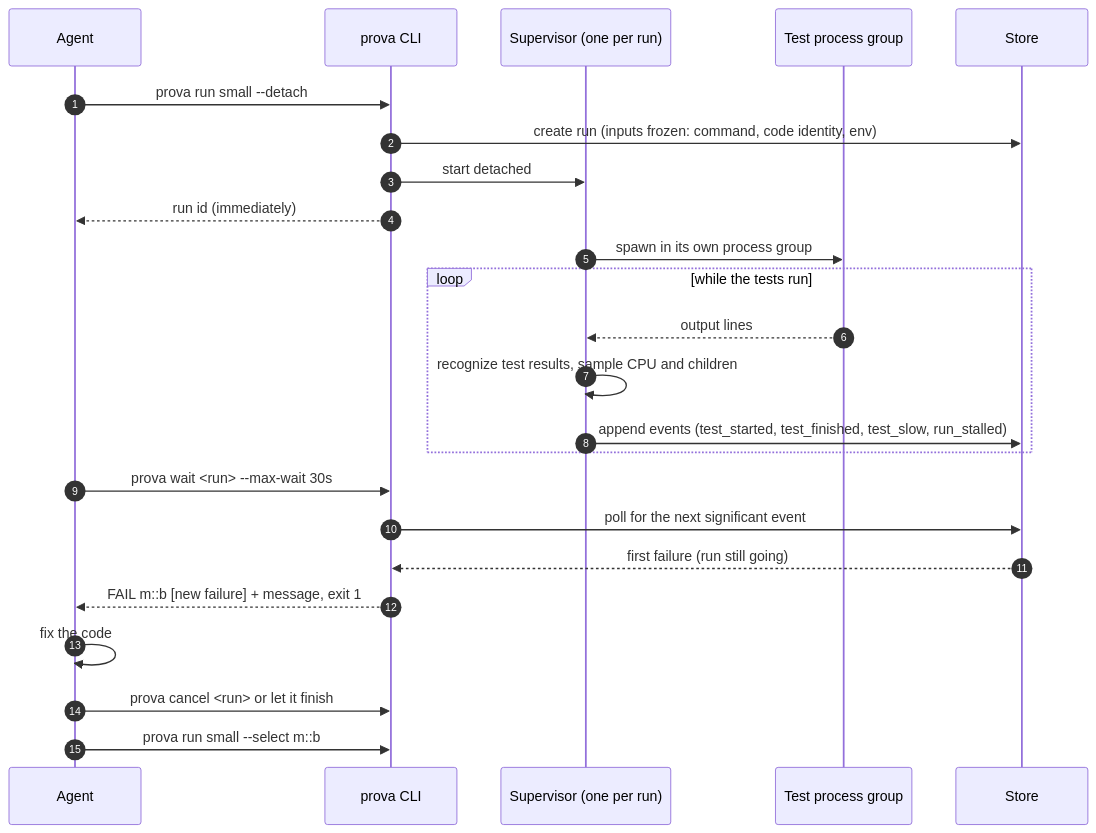
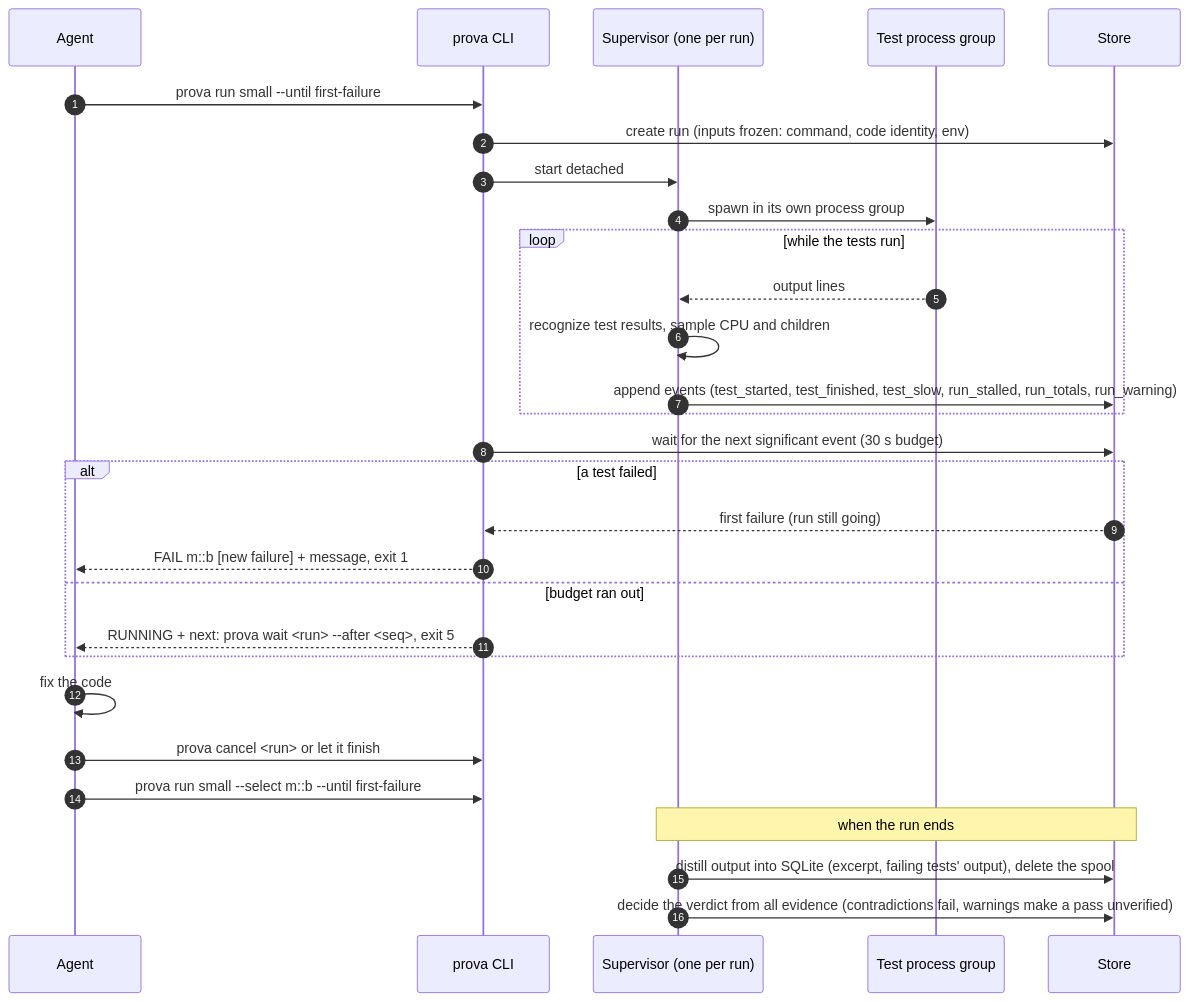
Before and after one commit to fals/prova: the second of 6 diagrams in docs/architecture.md, drawn with Mermaid. The commit also changed other lines of this file and 12 other files, not shown here.

````diff
--- a/docs/architecture.md
+++ b/docs/architecture.md
@@ -79,27 +80,32 @@
 ```mermaid
 sequenceDiagram
     autonumber
     participant A as Agent
     participant T as prova CLI
     participant S as Supervisor (one per run)
     participant P as Test process group
     participant D as Store
 
-    A->>T: prova run small --detach
+    A->>T: prova run small --until first-failure
     T->>D: create run (inputs frozen: command, code identity, env)
     T->>S: start detached
-    T-->>A: run id (immediately)
     S->>P: spawn in its own process group
     loop while the tests run
         P-->>S: output lines
         S->>S: recognize test results, sample CPU and children
-        S->>D: append events (test_started, test_finished, test_slow, run_stalled)
+        S->>D: append events (test_started, test_finished, test_slow, run_stalled, run_totals, run_warning)
     end
-    A->>T: prova wait <run> --max-wait 30s
-    T->>D: poll for the next significant event
-    D-->>T: first failure (run still going)
-    T-->>A: FAIL m::b [new failure] + message, exit 1
+    T->>D: wait for the next significant event (30 s budget)
+    alt a test failed
+        D-->>T: first failure (run still going)
+        T-->>A: FAIL m::b [new failure] + message, exit 1
+    else budget ran out
+        T-->>A: RUNNING + next: prova wait <run> --after <seq>, exit 5
+    end
     A->>A: fix the code
     A->>T: prova cancel <run> or let it finish
-    A->>T: prova run small --select m::b
+    A->>T: prova run small --select m::b --until first-failure
+    Note over S,D: when the run ends
+    S->>D: distill output into SQLite (excerpt, failing tests' output), delete the spool
+    S->>D: decide the verdict from all evidence (contradictions fail, warnings make a pass unverified)
 ```
````
